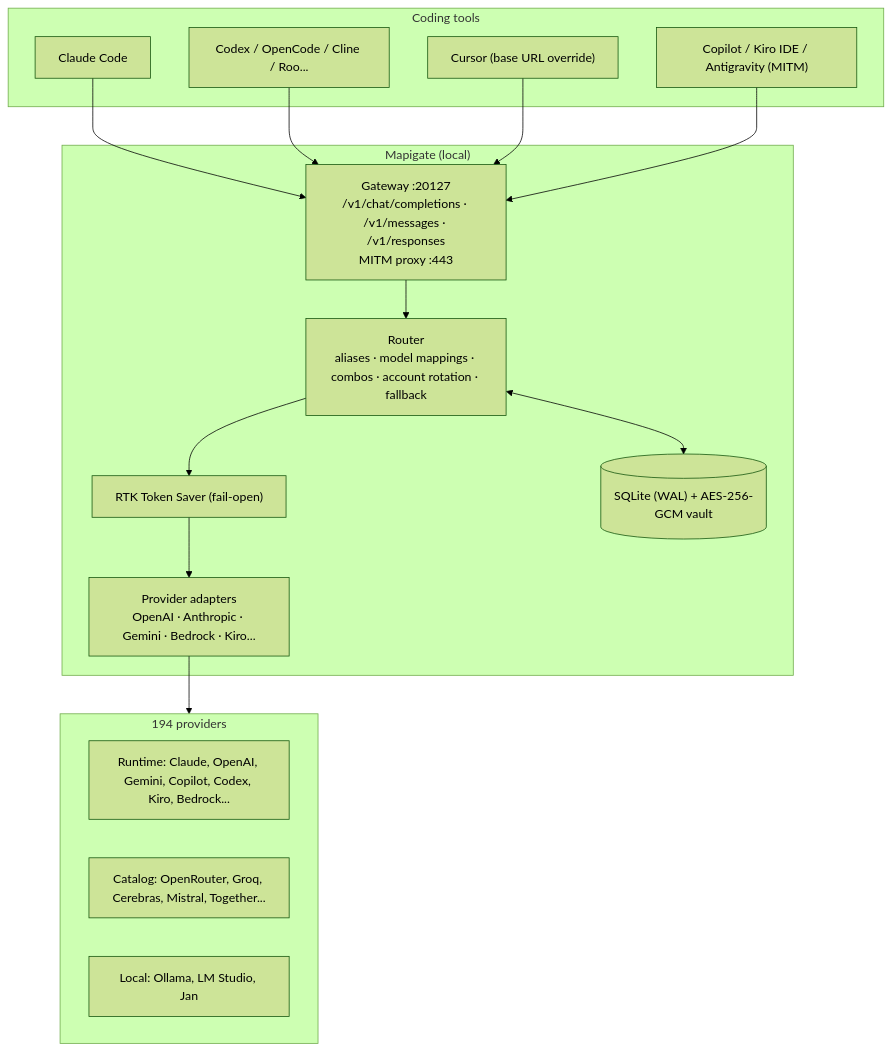
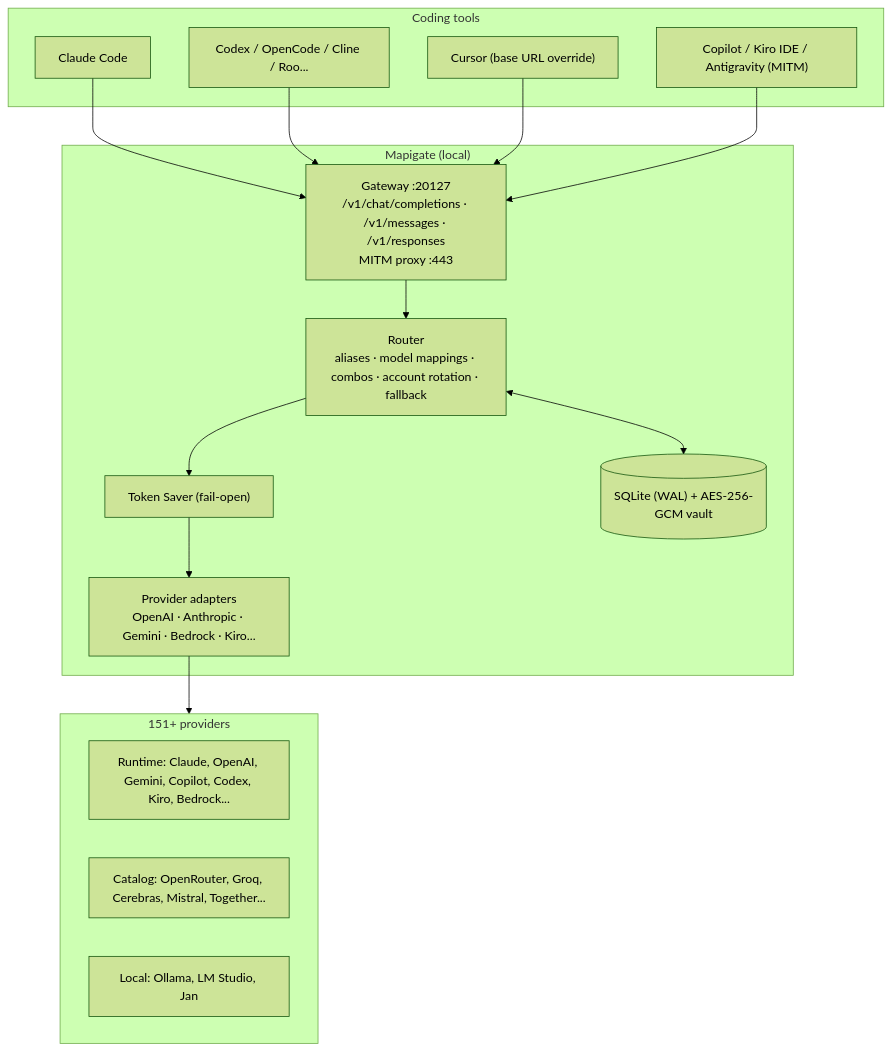
The first of 4 diagrams in README.md (joutvhu/mapigate), drawn with Mermaid (forest theme) before and after one commit. The commit also changed other lines of this file and 3 other files, not shown here.

First line of the commit message:
docs(core): update token saver architecture and project metadata

````diff
--- a/README.md
+++ b/README.md
@@ -49,28 +49,28 @@
 ```mermaid
 graph TD
     subgraph CLIENTS["Coding tools"]
         C1["Claude Code"]
         C2["Codex / OpenCode / Cline / Roo..."]
         C3["Cursor (base URL override)"]
         C4["Copilot / Kiro IDE / Antigravity (MITM)"]
     end
 
     subgraph MAPIGATE["Mapigate (local)"]
         INGEST["Gateway :20127<br/>/v1/chat/completions · /v1/messages · /v1/responses<br/>MITM proxy :443"]
         ROUTER["Router<br/>aliases · model mappings · combos · account rotation · fallback"]
-        RTK["RTK Token Saver (fail-open)"]
+        SAVER["Token Saver (fail-open)"]
         ADAPTER["Provider adapters<br/>OpenAI · Anthropic · Gemini · Bedrock · Kiro..."]
         VAULT[("SQLite (WAL) + AES-256-GCM vault")]
     end
 
-    subgraph UPSTREAM["194 providers"]
+    subgraph UPSTREAM["151+ providers"]
         P1["Runtime: Claude, OpenAI, Gemini, Copilot, Codex, Kiro, Bedrock..."]
         P2["Catalog: OpenRouter, Groq, Cerebras, Mistral, Together..."]
         P3["Local: Ollama, LM Studio, Jan"]
     end
 
     C1 & C2 & C3 --> INGEST
     C4 --> INGEST
-    INGEST --> ROUTER --> RTK --> ADAPTER --> UPSTREAM
+    INGEST --> ROUTER --> SAVER --> ADAPTER --> UPSTREAM
     ROUTER <--> VAULT
 ```
````
